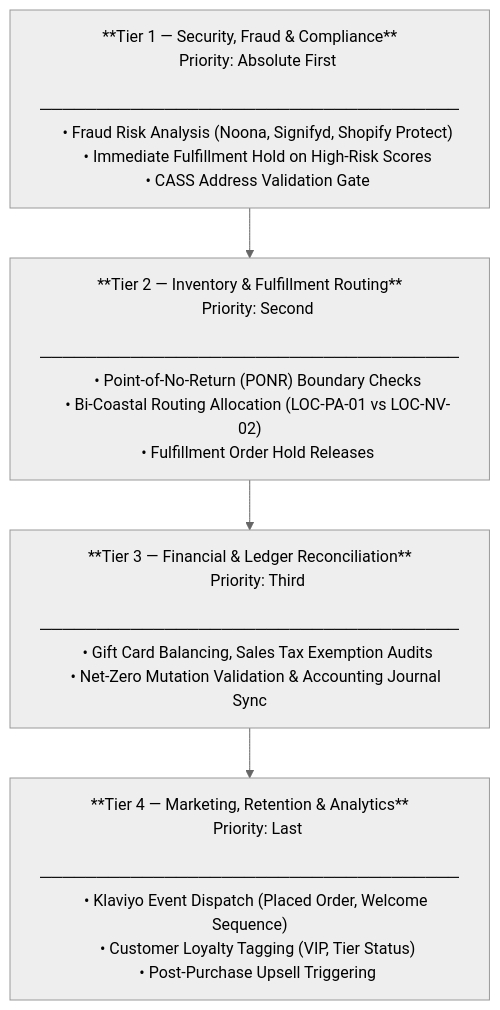
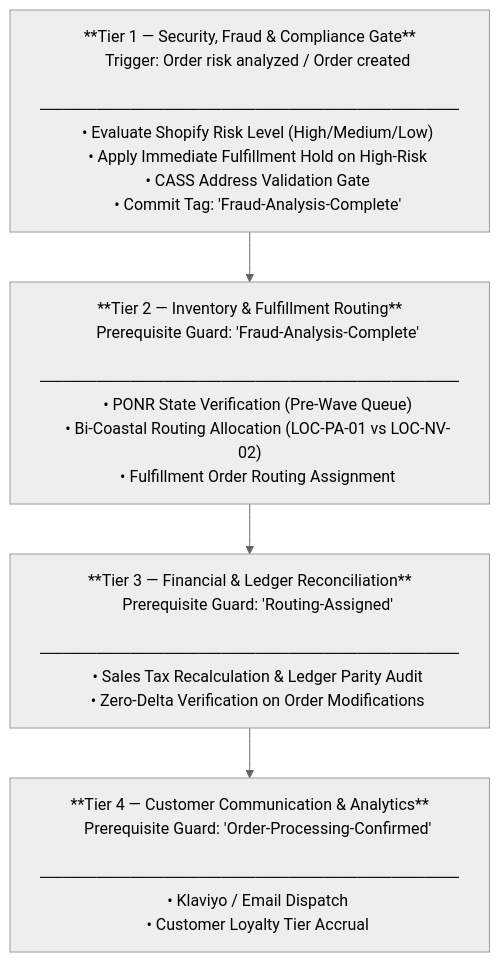
One commit to riovicsusas/portfolio changed the second of 4 diagrams in domain-4-business-automation/MasterDossier-Domain4-WebhookAutomationAndFlowTriage.md. Above: the diagram before and after it, drawn with Mermaid (neutral theme). The commit also changed other lines of this file and 14 other files, not shown here.

````diff
--- a/domain-4-business-automation/MasterDossier-Domain4-WebhookAutomationAndFlowTriage.md
+++ b/domain-4-business-automation/MasterDossier-Domain4-WebhookAutomationAndFlowTriage.md
@@ -51,31 +53,31 @@
 ```mermaid
 flowchart TD
-    P1["**Tier 1 — Security, Fraud & Compliance**
-    Priority: Absolute First
+    P1["**Tier 1 — Security, Fraud & Compliance Gate**
+    Trigger: Order risk analyzed / Order created
     ─────────────────────────────────────
-    • Fraud Risk Analysis (Noona, Signifyd, Shopify Protect)
-    • Immediate Fulfillment Hold on High-Risk Scores
-    • CASS Address Validation Gate"]
+    • Evaluate Shopify Risk Level (High/Medium/Low)
+    • Apply Immediate Fulfillment Hold on High-Risk
+    • CASS Address Validation Gate
+    • Commit Tag: 'Fraud-Analysis-Complete'"]
 
     P2["**Tier 2 — Inventory & Fulfillment Routing**
-    Priority: Second
+    Prerequisite Guard: 'Fraud-Analysis-Complete'
     ─────────────────────────────────────
-    • Point-of-No-Return (PONR) Boundary Checks
+    • PONR State Verification (Pre-Wave Queue)
     • Bi-Coastal Routing Allocation (LOC-PA-01 vs LOC-NV-02)
-    • Fulfillment Order Hold Releases"]
+    • Fulfillment Order Routing Assignment"]
 
     P3["**Tier 3 — Financial & Ledger Reconciliation**
-    Priority: Third
+    Prerequisite Guard: 'Routing-Assigned'
     ─────────────────────────────────────
-    • Gift Card Balancing, Sales Tax Exemption Audits
-    • Net-Zero Mutation Validation & Accounting Journal Sync"]
+    • Sales Tax Recalculation & Ledger Parity Audit
+    • Zero-Delta Verification on Order Modifications"]
 
-    P4["**Tier 4 — Marketing, Retention & Analytics**
-    Priority: Last
+    P4["**Tier 4 — Customer Communication & Analytics**
+    Prerequisite Guard: 'Order-Processing-Confirmed'
     ─────────────────────────────────────
-    • Klaviyo Event Dispatch (Placed Order, Welcome Sequence)
-    • Customer Loyalty Tagging (VIP, Tier Status)
-    • Post-Purchase Upsell Triggering"]
+    • Klaviyo / Email Dispatch
+    • Customer Loyalty Tier Accrual"]
 
     P1 --> P2 --> P3 --> P4
 ```
````
